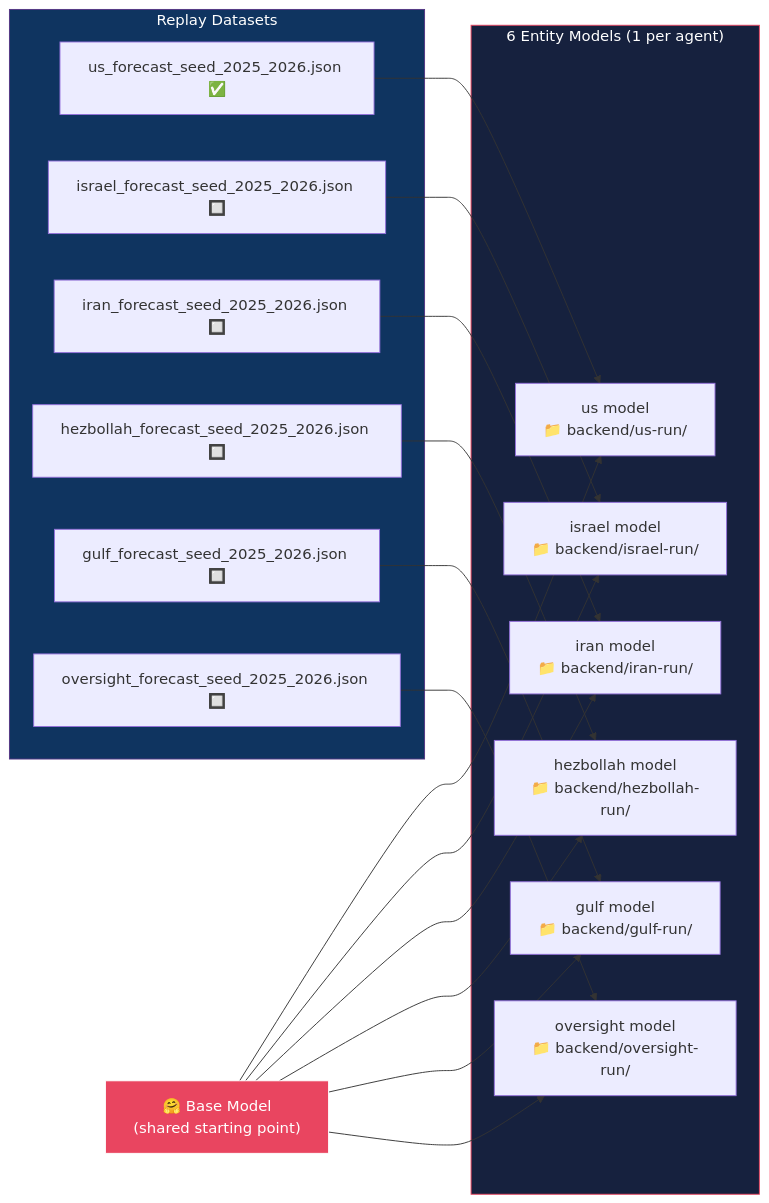
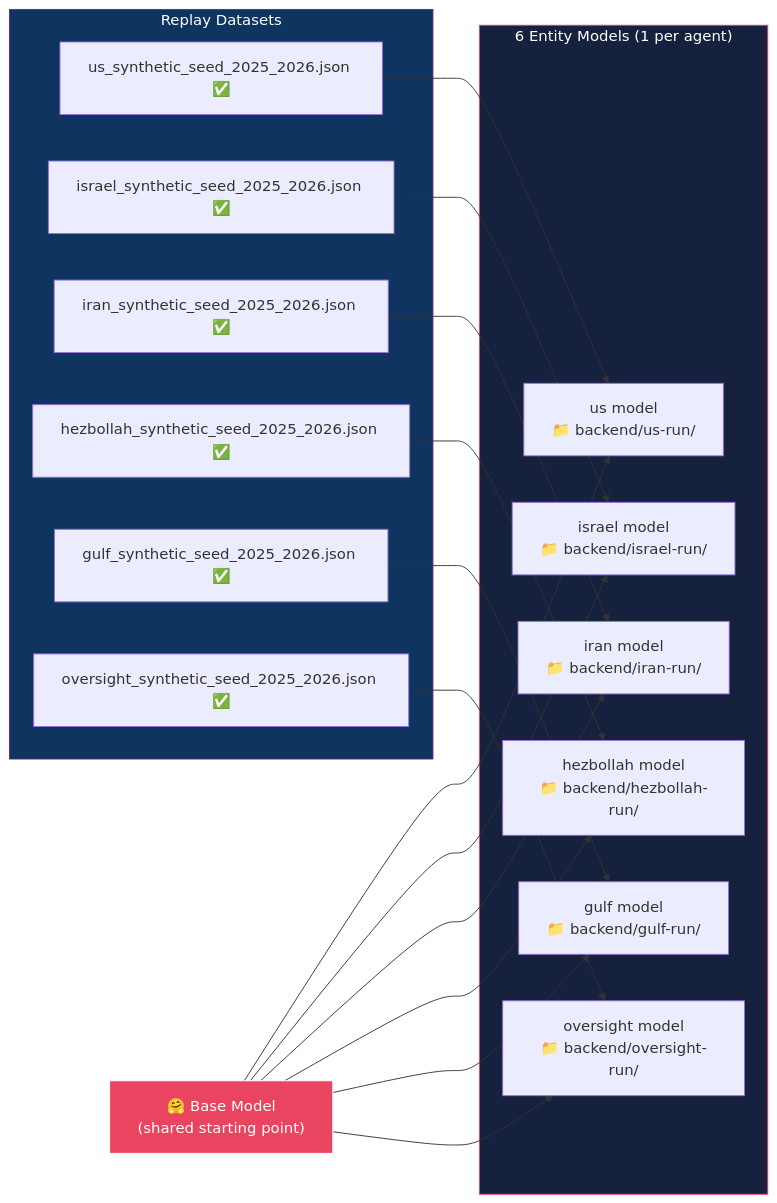
Before and after one commit to shlawgathon/trenches: the second of 4 diagrams in backend/TRAINING_FLOW.md, drawn with Mermaid. The commit also changed other lines of this file and 14 other files, not shown here.

````diff
--- a/backend/TRAINING_FLOW.md
+++ b/backend/TRAINING_FLOW.md
@@ -61,38 +61,38 @@
 ```mermaid
 flowchart LR
     subgraph Entities["6 Entity Models (1 per agent)"]
         US["us model<br/>📁 backend/us-run/"]
         ISR["israel model<br/>📁 backend/israel-run/"]
         IRN["iran model<br/>📁 backend/iran-run/"]
         HEZ["hezbollah model<br/>📁 backend/hezbollah-run/"]
         GULF["gulf model<br/>📁 backend/gulf-run/"]
         OVR["oversight model<br/>📁 backend/oversight-run/"]
     end
 
     subgraph Replays["Replay Datasets"]
-        R1["us_forecast_seed_2025_2026.json ✅"]
-        R2["israel_forecast_seed_2025_2026.json 🔲"]
-        R3["iran_forecast_seed_2025_2026.json 🔲"]
-        R4["hezbollah_forecast_seed_2025_2026.json 🔲"]
-        R5["gulf_forecast_seed_2025_2026.json 🔲"]
-        R6["oversight_forecast_seed_2025_2026.json 🔲"]
+        R1["us_synthetic_seed_2025_2026.json ✅"]
+        R2["israel_synthetic_seed_2025_2026.json ✅"]
+        R3["iran_synthetic_seed_2025_2026.json ✅"]
+        R4["hezbollah_synthetic_seed_2025_2026.json ✅"]
+        R5["gulf_synthetic_seed_2025_2026.json ✅"]
+        R6["oversight_synthetic_seed_2025_2026.json ✅"]
     end
 
     R1 --> US
     R2 --> ISR
     R3 --> IRN
     R4 --> HEZ
     R5 --> GULF
     R6 --> OVR
 
     BASE["🤗 Base Model<br/>(shared starting point)"] --> US
     BASE --> ISR
     BASE --> IRN
     BASE --> HEZ
     BASE --> GULF
     BASE --> OVR
 
     style Entities fill:#16213e,stroke:#e94560,color:#fff
     style Replays fill:#0f3460,stroke:#533483,color:#fff
     style BASE fill:#e94560,stroke:#fff,color:#fff
 ```
````
